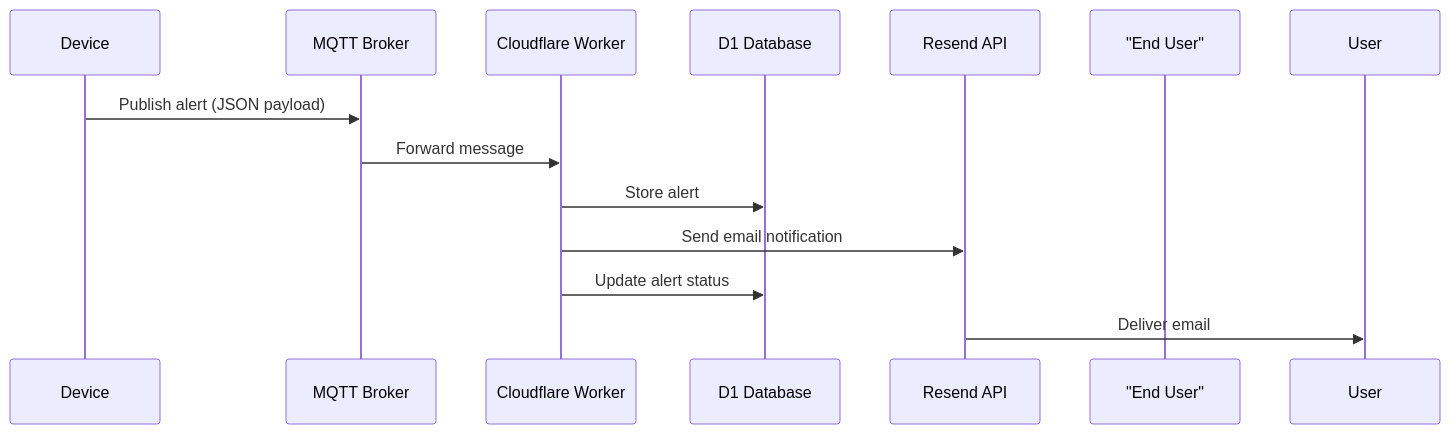
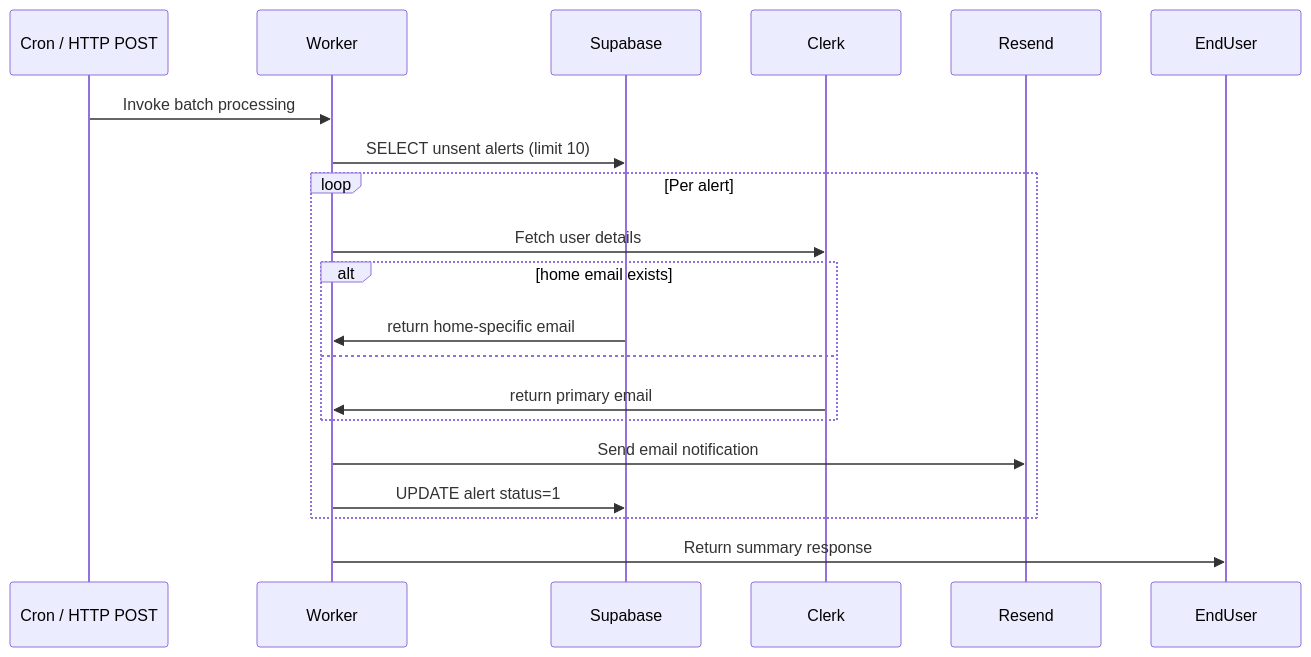
Before and after one commit to tonglam/smart_home-notification_worker: the diagram in README.md, drawn with Mermaid. The commit also changed other lines of this file and 1 other file, not shown here.

First line of the commit message:
Enhance README and worker.js for improved clarity and functionality

````diff
--- a/README.md
+++ b/README.md
@@ -28,17 +36,23 @@
 ```mermaid
 sequenceDiagram
-    participant Device
-    participant MQTT Broker
-    participant Cloudflare Worker
-    participant D1 Database
-    participant Resend API
-    participant "End User"
+    participant Trigger as Cron / HTTP POST
+    participant Worker
+    participant Supabase
+    participant Clerk
+    participant Resend
+    participant EndUser
 
-    Device->>MQTT Broker: Publish alert (JSON payload)
-    MQTT Broker->>Cloudflare Worker: Forward message
-    Cloudflare Worker->>D1 Database: Store alert
-    Cloudflare Worker->>Resend API: Send email notification
-    Cloudflare Worker->>D1 Database: Update alert status
-    Resend API->>User: Deliver email
-
+    Trigger->>Worker: Invoke batch processing
+    Worker->>Supabase: SELECT unsent alerts (limit 10)
+    loop Per alert
+      Worker->>Clerk: Fetch user details
+      alt home email exists
+        Supabase->>Worker: return home-specific email
+      else
+        Clerk->>Worker: return primary email
+      end
+      Worker->>Resend: Send email notification
+      Worker->>Supabase: UPDATE alert status=1
+    end
+    Worker->>EndUser: Return summary response
 ```
````
